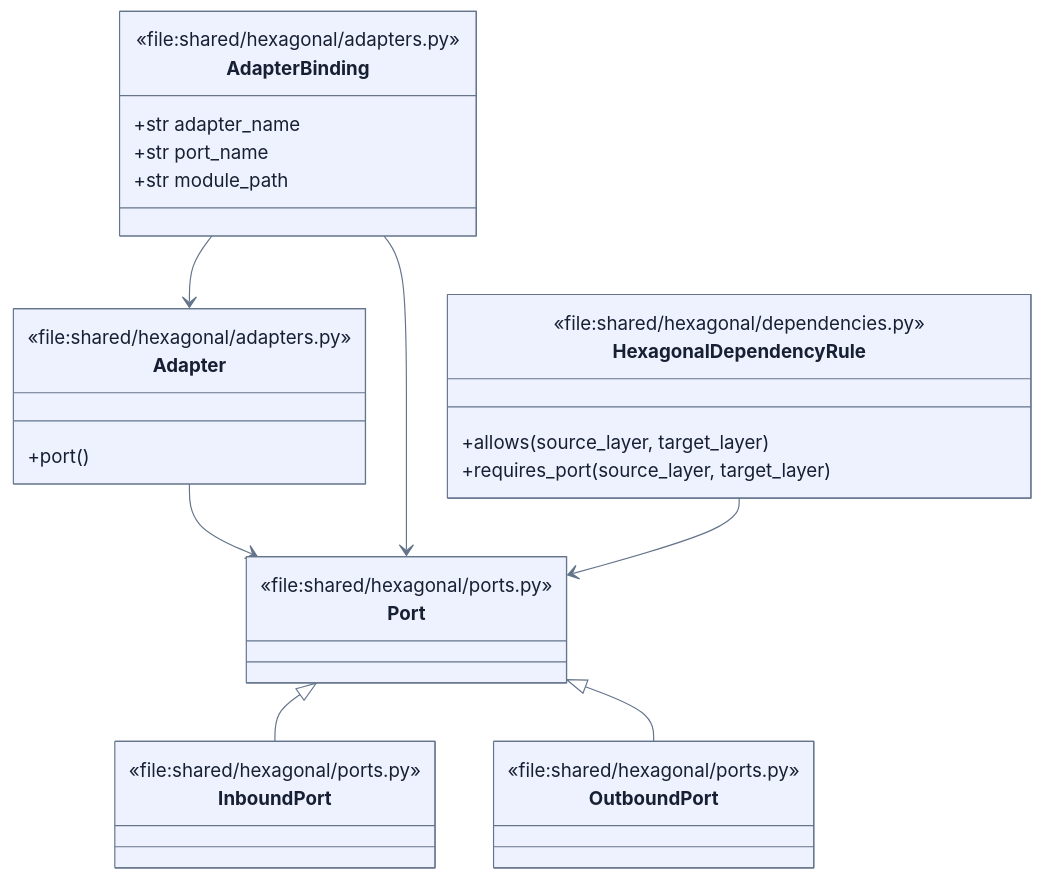
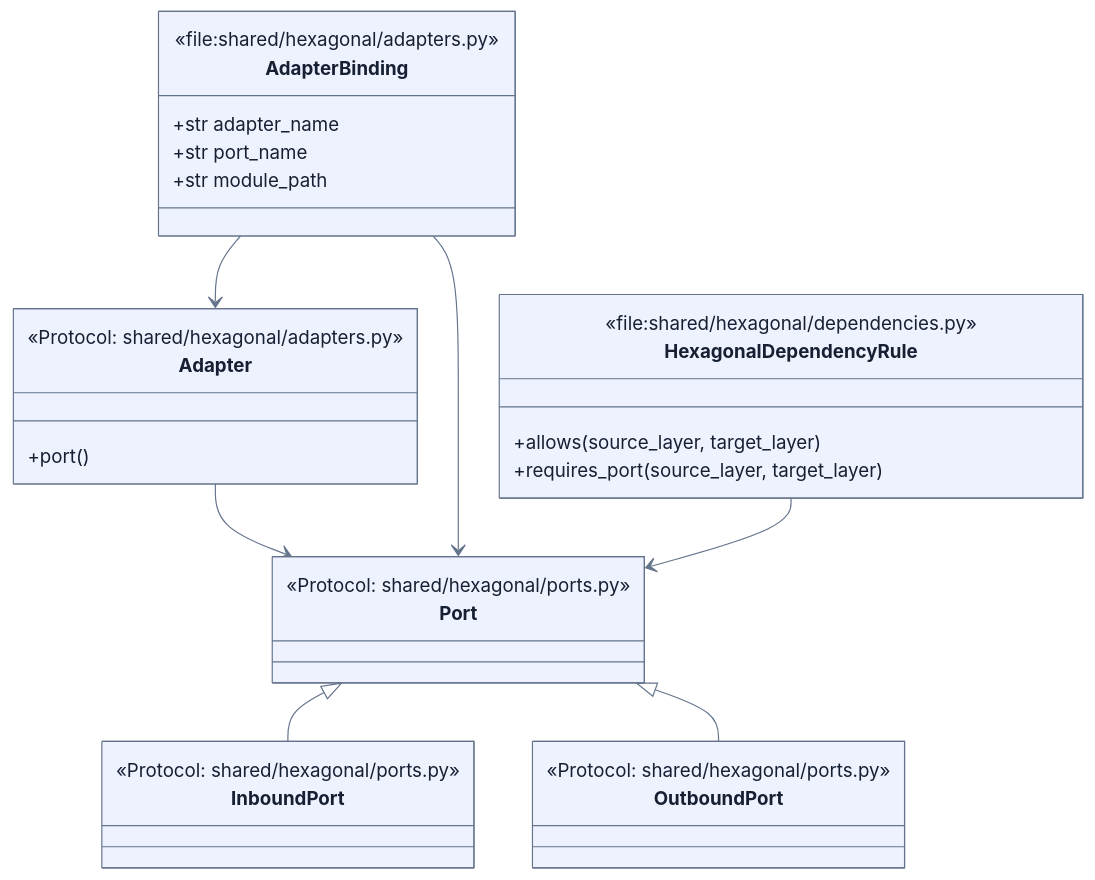
Before and after one commit to 9orky/enclosure: the diagram in .enclosure/plans/planning-workflow/epics/hexagonal-foundation/uml.mermaid, drawn with Mermaid. The commit also changed 19 other files, not shown here.

```diff
--- a/.enclosure/plans/planning-workflow/epics/hexagonal-foundation/uml.mermaid
+++ b/.enclosure/plans/planning-workflow/epics/hexagonal-foundation/uml.mermaid
@@ -1,43 +1,39 @@
 %% contract: symbols
 %%{init: {"theme": "base", "themeVariables": {"primaryColor": "#eef2ff", "primaryTextColor": "#172033", "primaryBorderColor": "#64748b", "lineColor": "#64748b"}}}%%
 classDiagram
     class Port {
-      <<file:shared/hexagonal/ports.py>>
-      <<Protocol>>
+      <<Protocol: shared/hexagonal/ports.py>>
     }
 
     class InboundPort {
-      <<file:shared/hexagonal/ports.py>>
-      <<Protocol>>
+      <<Protocol: shared/hexagonal/ports.py>>
     }
 
     class OutboundPort {
-      <<file:shared/hexagonal/ports.py>>
-      <<Protocol>>
+      <<Protocol: shared/hexagonal/ports.py>>
     }
 
     class Adapter {
-      <<file:shared/hexagonal/adapters.py>>
-      <<Protocol>>
+      <<Protocol: shared/hexagonal/adapters.py>>
       +port()
     }
 
     class AdapterBinding {
       <<file:shared/hexagonal/adapters.py>>
       +str adapter_name
       +str port_name
       +str module_path
     }
 
     class HexagonalDependencyRule {
       <<file:shared/hexagonal/dependencies.py>>
       +allows(source_layer, target_layer)
       +requires_port(source_layer, target_layer)
     }
 
     Port <|-- InboundPort
     Port <|-- OutboundPort
     Adapter --> Port
     AdapterBinding --> Adapter
     AdapterBinding --> Port
     HexagonalDependencyRule --> Port
```
